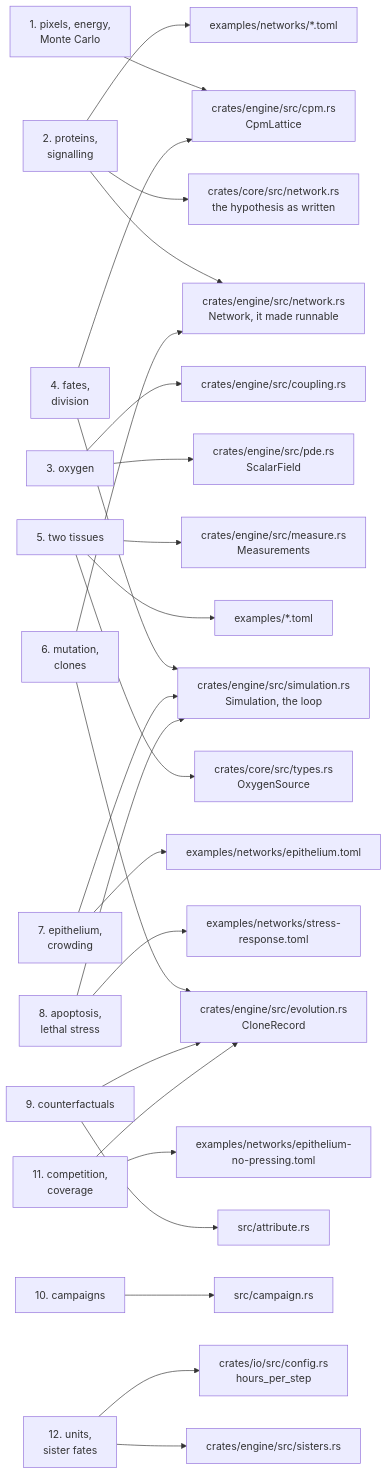
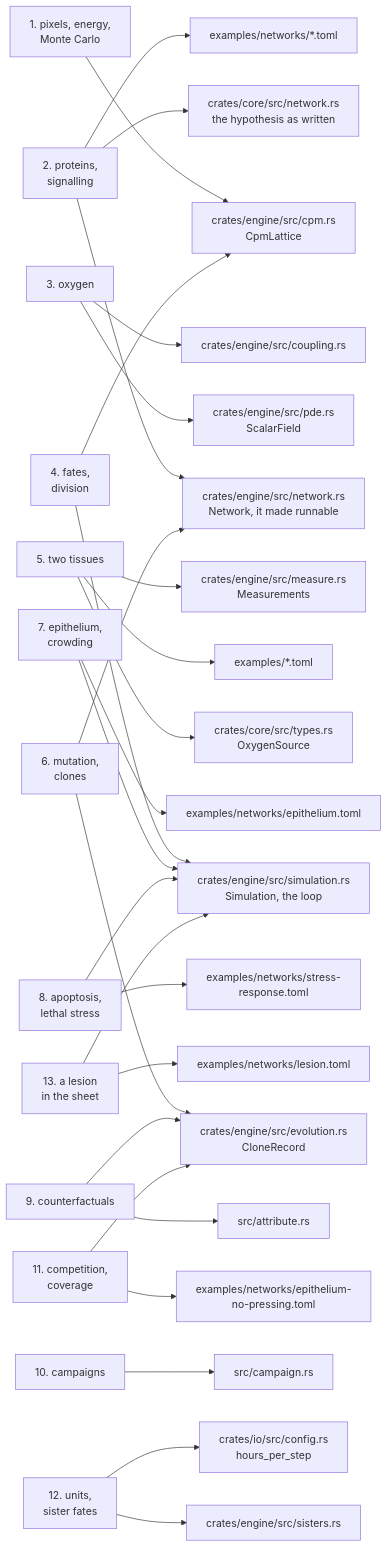
The diagram in docs/README.md (ngodzik/cellweave), drawn with Mermaid before and after one commit. The commit also changed other lines of this file and 20 other files, not shown here.

````diff
--- a/docs/README.md
+++ b/docs/README.md
@@ -34,27 +35,29 @@
 ```mermaid
 flowchart LR
     c1["1. pixels, energy,<br/>Monte Carlo"] --> cpm["crates/engine/src/cpm.rs<br/>CpmLattice"]
     c2["2. proteins,<br/>signalling"] --> net["crates/core/src/network.rs<br/>the hypothesis as written"]
     c2 --> run["crates/engine/src/network.rs<br/>Network, it made runnable"]
     c2 --> files["examples/networks/*.toml"]
     c3["3. oxygen"] --> pde["crates/engine/src/pde.rs<br/>ScalarField"]
     c3 --> cpl["crates/engine/src/coupling.rs"]
     c4["4. fates,<br/>division"] --> sim["crates/engine/src/simulation.rs<br/>Simulation, the loop"]
     c4 --> cpm
     c5["5. two tissues"] --> cfg["crates/core/src/types.rs<br/>OxygenSource"]
     c5 --> ex["examples/*.toml"]
     c5 --> mea["crates/engine/src/measure.rs<br/>Measurements"]
     c6["6. mutation,<br/>clones"] --> evo["crates/engine/src/evolution.rs<br/>CloneRecord"]
     c6 --> run
     c7["7. epithelium,<br/>crowding"] --> sim
     c7 --> epi["examples/networks/epithelium.toml"]
     c8["8. apoptosis,<br/>lethal stress"] --> sim
     c8 --> str["examples/networks/stress-response.toml"]
     c9["9. counterfactuals"] --> att["src/attribute.rs"]
     c9 --> evo
     c10["10. campaigns"] --> camp["src/campaign.rs"]
     c11["11. competition,<br/>coverage"] --> evo
     c11 --> nop["examples/networks/epithelium-no-pressing.toml"]
     c12["12. units,<br/>sister fates"] --> sis["crates/engine/src/sisters.rs"]
     c12 --> conf["crates/io/src/config.rs<br/>hours_per_step"]
+    c13["13. a lesion<br/>in the sheet"] --> sim
+    c13 --> les["examples/networks/lesion.toml"]
 ```
````
